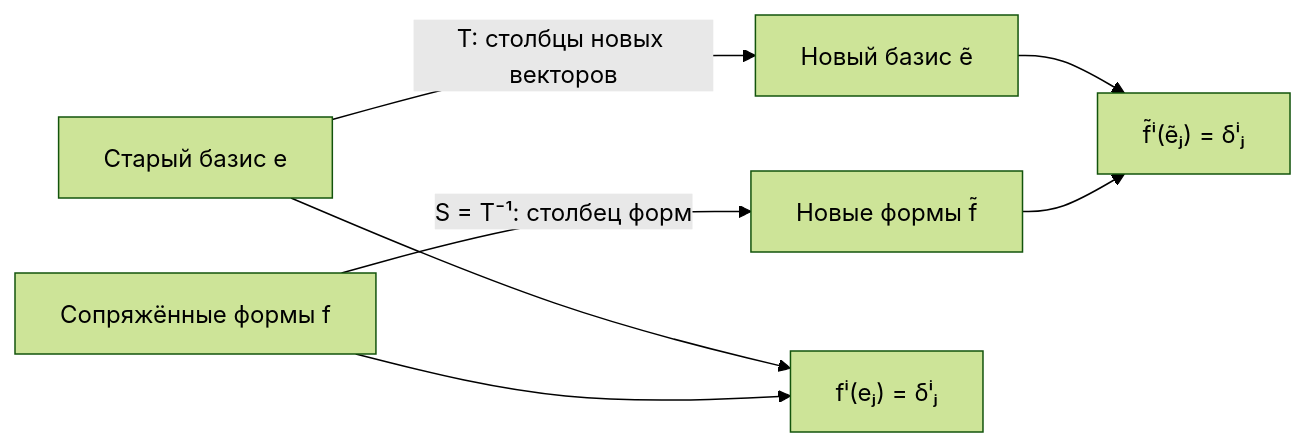
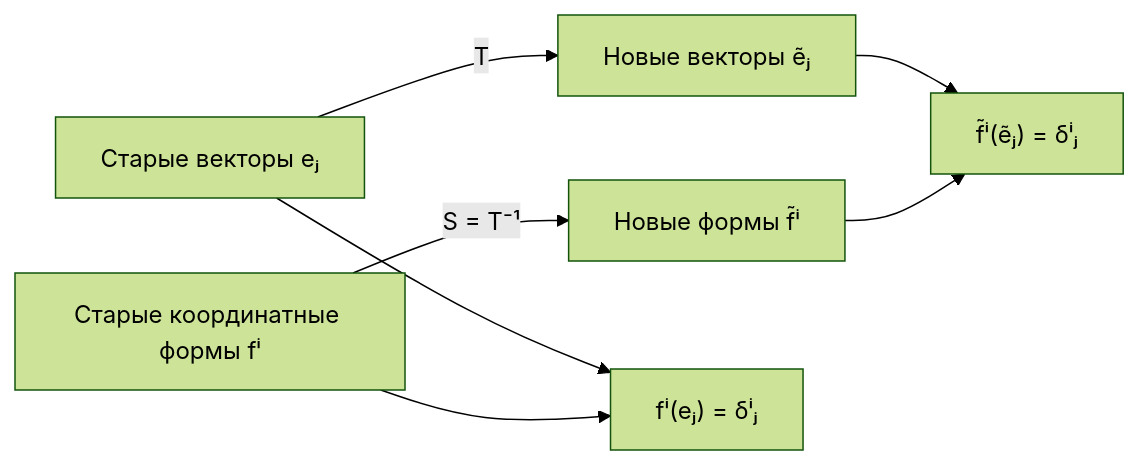
The first of 2 diagrams in 10 Учёба/Линейная алгебра/Замена базиса и преобразование координат.md (MrBoomer1981/MY_LIFE), drawn with Mermaid (forest theme) before and after one commit. The commit also changed other lines of this file and 3 other files, not shown here.

````diff
--- a/10 Учёба/Линейная алгебра/Замена базиса и преобразование координат.md
+++ b/10 Учёба/Линейная алгебра/Замена базиса и преобразование координат.md
@@ -43,9 +87,9 @@
 ```mermaid
 flowchart LR
-  E["Старый базис e"] -->|"T: столбцы новых векторов"| NE["Новый базис ẽ"]
-  F["Сопряжённые формы f"] -->|"S = T⁻¹: столбец форм"| NF["Новые формы f̃"]
-  E --> OLD["fⁱ(eⱼ) = δⁱⱼ"]
-  F --> OLD
-  NE --> NEW["f̃ⁱ(ẽⱼ) = δⁱⱼ"]
-  NF --> NEW
+ E["Старые векторы eⱼ"] -->|"T"| NE["Новые векторы ẽⱼ"]
+ F["Старые координатные формы fⁱ"] -->|"S = T⁻¹"| NF["Новые формы f̃ⁱ"]
+ E --> O["fⁱ(eⱼ) = δⁱⱼ"]
+ F --> O
+ NE --> N["f̃ⁱ(ẽⱼ) = δⁱⱼ"]
+ NF --> N
 ```
````
